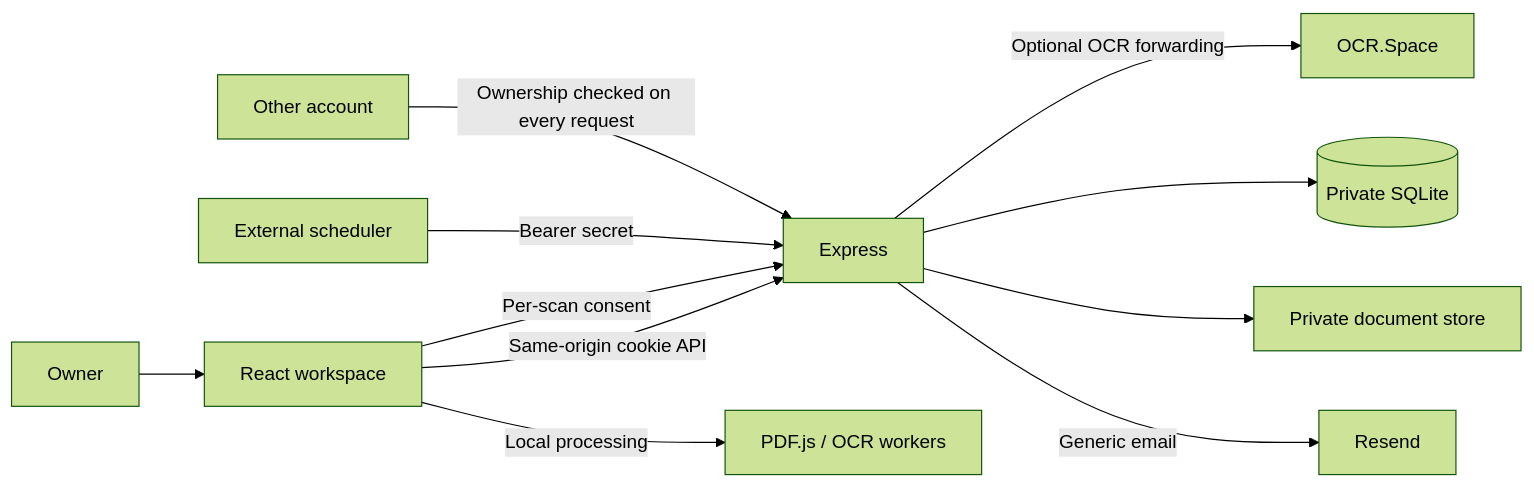
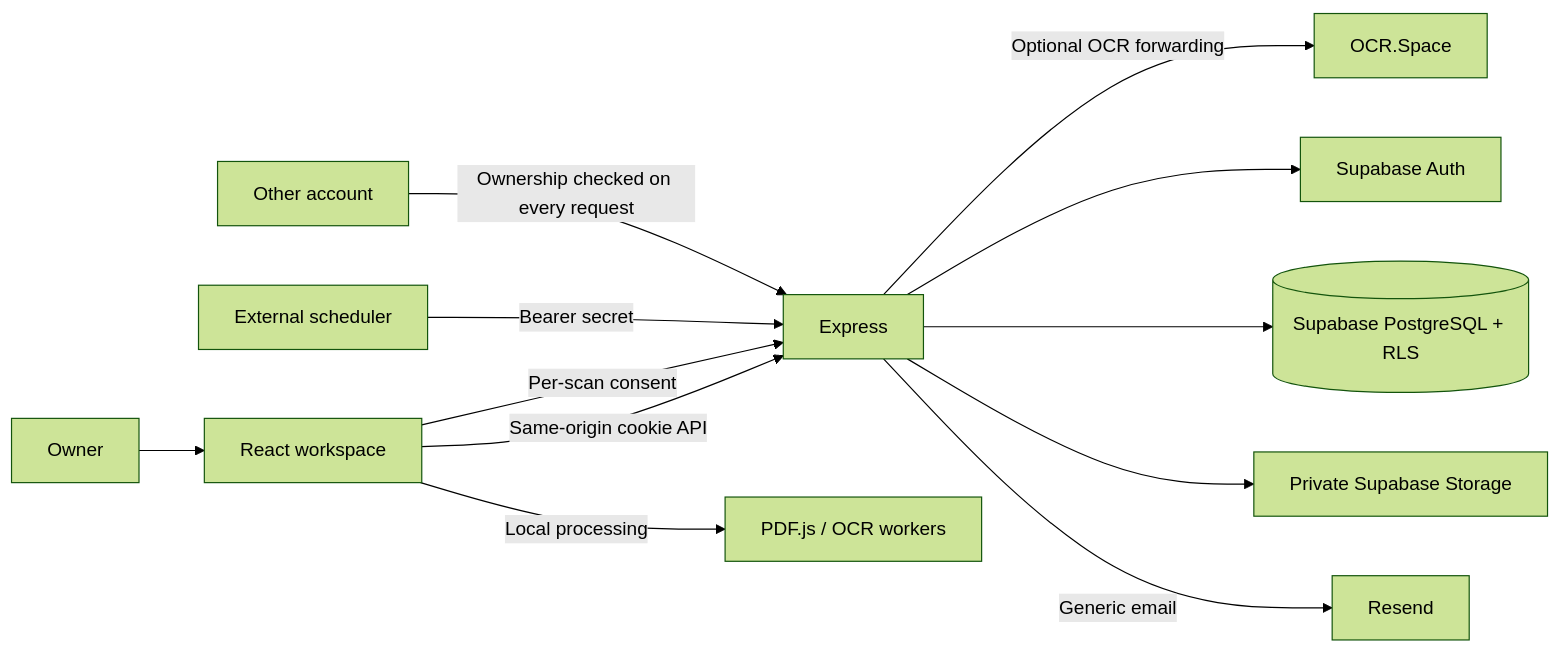
The first of 3 diagrams in docs/architecture.md (adrock18/medivault), drawn with Mermaid (forest theme) before and after one commit. The commit also changed other lines of this file and 86 other files, not shown here.

````diff
--- a/docs/architecture.md
+++ b/docs/architecture.md
@@ -23,13 +27,14 @@
 ```mermaid
 flowchart LR
   Person["Owner"] --> Browser["React workspace"]
   Browser -->|"Same-origin cookie API"| Express["Express"]
   Browser -->|"Local processing"| Workers["PDF.js / OCR workers"]
   Browser -->|"Per-scan consent"| Express
   Express -->|"Optional OCR forwarding"| OCR["OCR.Space"]
-  Express --> SQLite[("Private SQLite")]
-  Express --> Documents["Private document store"]
+  Express --> Auth["Supabase Auth"]
+  Express --> DB[("Supabase PostgreSQL + RLS")]
+  Express --> Documents["Private Supabase Storage"]
   Scheduler["External scheduler"] -->|"Bearer secret"| Express
   Express -->|"Generic email"| Resend["Resend"]
   Other["Other account"] -->|"Ownership checked on every request"| Express
 ```
````
